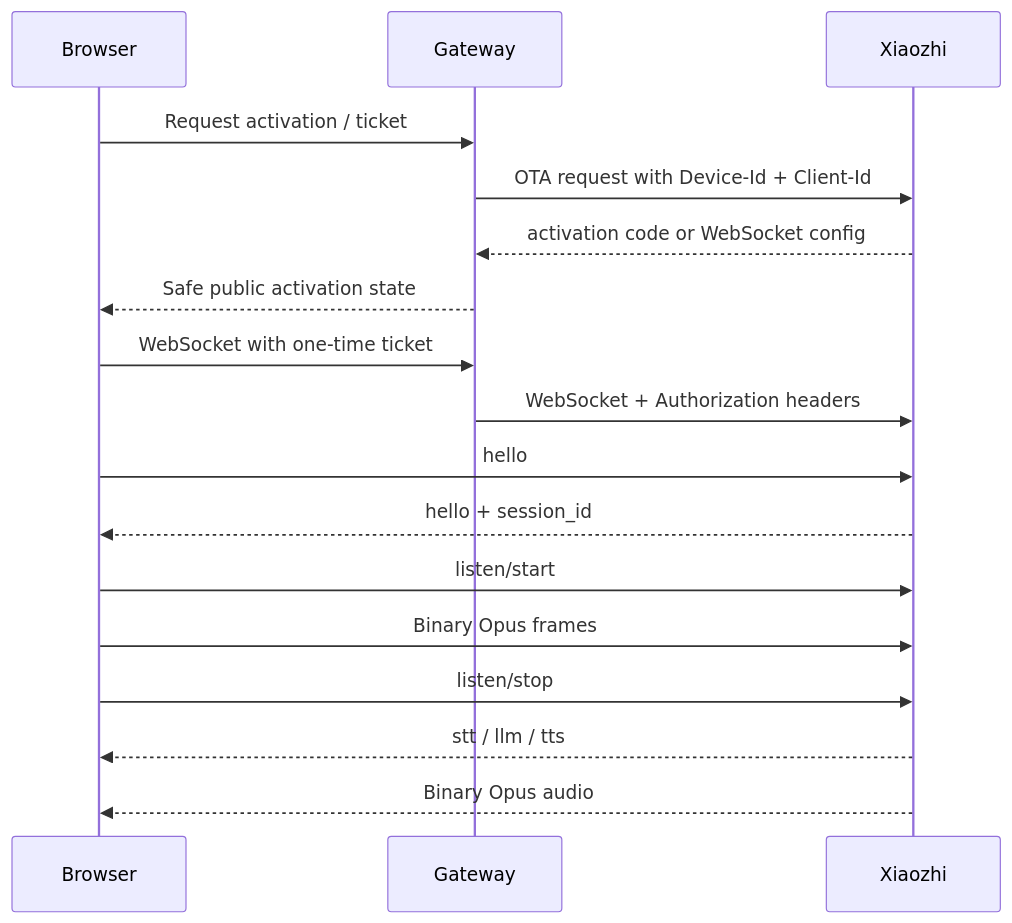
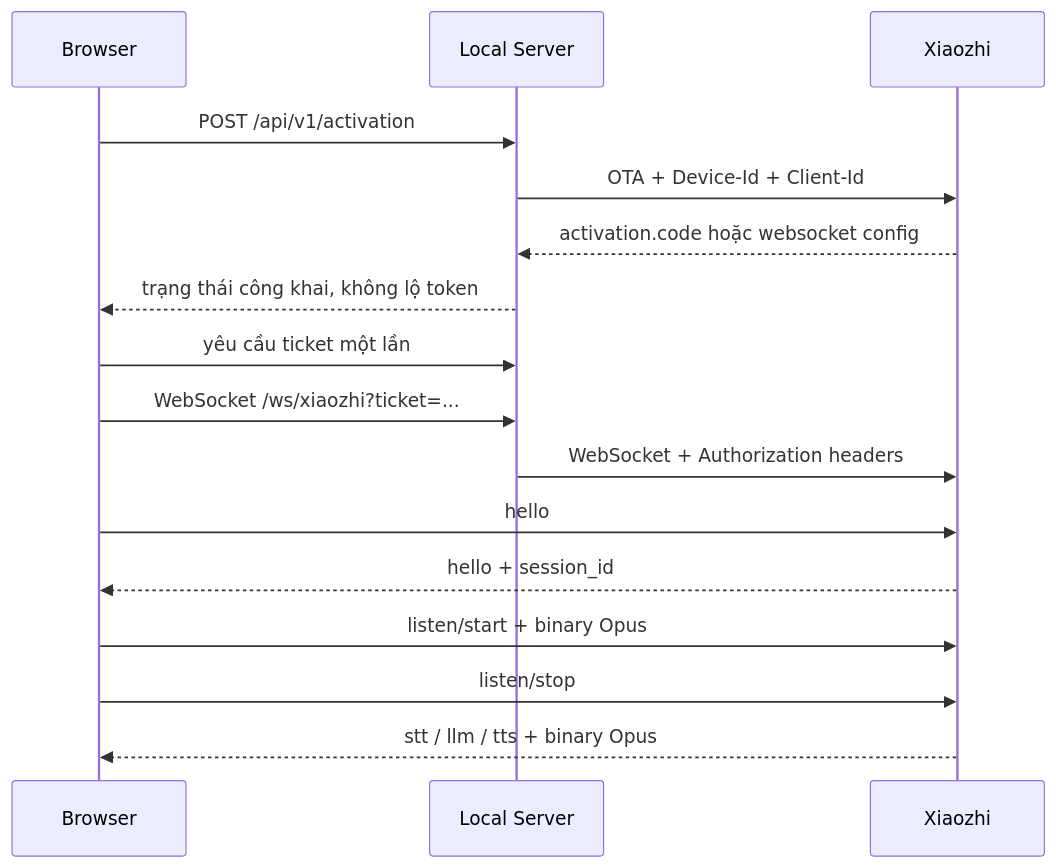
Before and after one commit to Base27-CVNSS/ViPocket-Xiaozhi: the second of 2 diagrams in README.md, drawn with Mermaid. The commit also changed other lines of this file, not shown here.

Commit message:
docs: synchronize one-click Windows 2.2 instructions

````diff
--- a/README.md
+++ b/README.md
@@ -185,20 +188,19 @@
 ```mermaid
 sequenceDiagram
     participant B as Browser
-    participant G as Gateway
+    participant G as Local Server
     participant X as Xiaozhi
 
-    B->>G: Request activation / ticket
-    G->>X: OTA request with Device-Id + Client-Id
-    X-->>G: activation code or WebSocket config
-    G-->>B: Safe public activation state
-    B->>G: WebSocket with one-time ticket
+    B->>G: POST /api/v1/activation
+    G->>X: OTA + Device-Id + Client-Id
+    X-->>G: activation.code hoặc websocket config
+    G-->>B: trạng thái công khai, không lộ token
+    B->>G: yêu cầu ticket một lần
+    B->>G: WebSocket /ws/xiaozhi?ticket=...
     G->>X: WebSocket + Authorization headers
     B->>X: hello
     X-->>B: hello + session_id
-    B->>X: listen/start
-    B->>X: Binary Opus frames
+    B->>X: listen/start + binary Opus
     B->>X: listen/stop
-    X-->>B: stt / llm / tts
-    X-->>B: Binary Opus audio
+    X-->>B: stt / llm / tts + binary Opus
 ```
````
